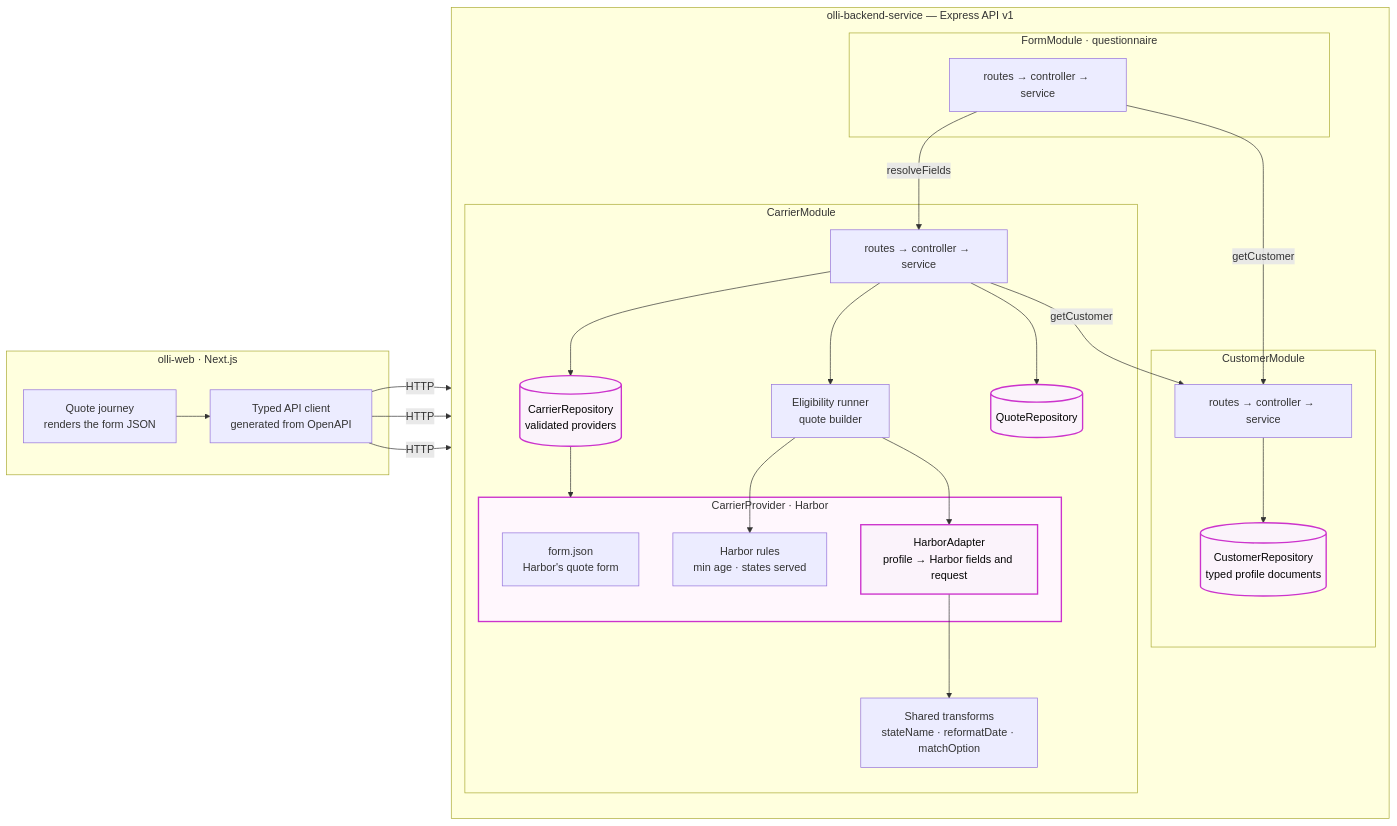
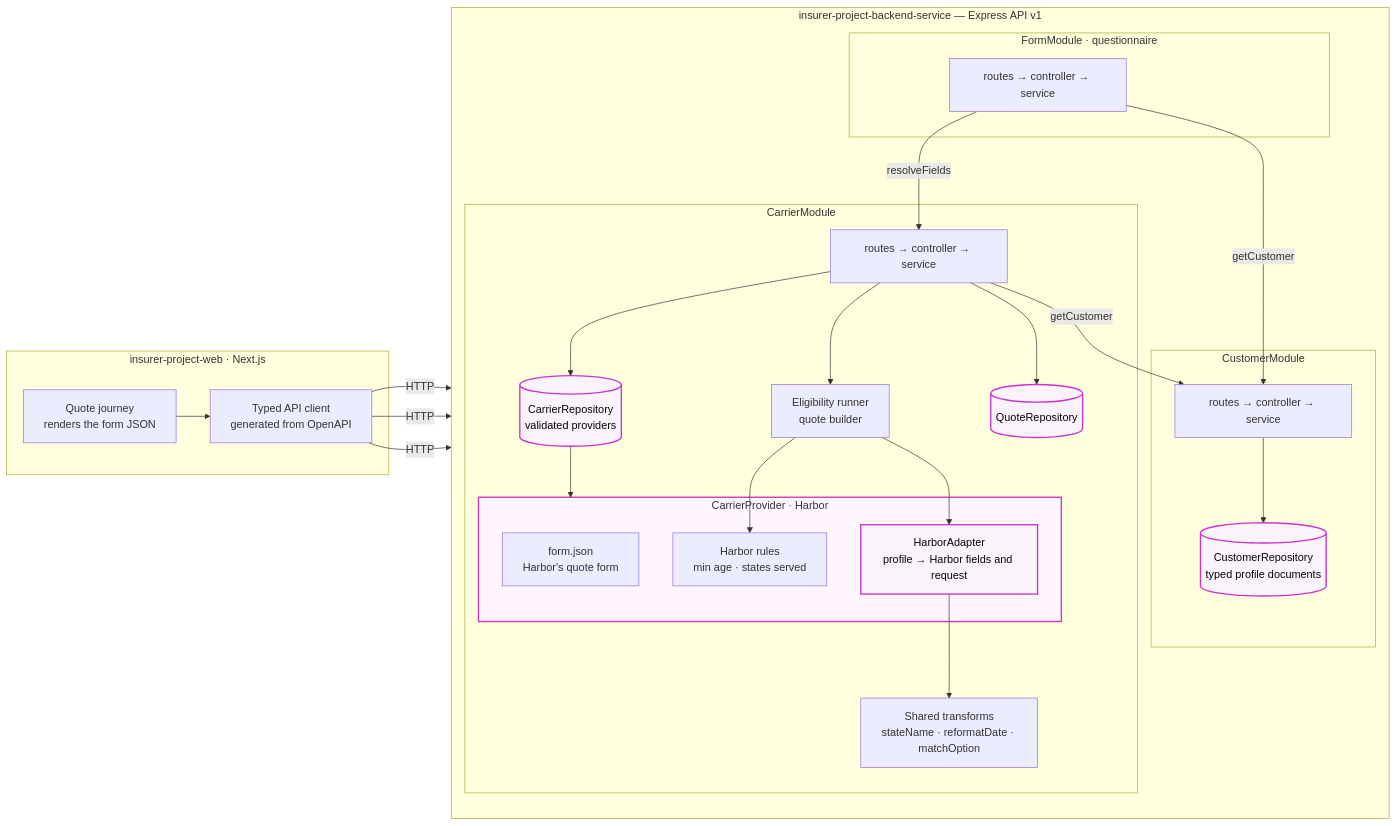
One commit to Oaseru17/insurer-project-backend-service changed the first of 2 diagrams in README.md. Above: the diagram before and after it, drawn with Mermaid. The commit also changed other lines of this file and 4 other files, not shown here.

Commit message:
chore: use the generic insurer-project name throughout

````diff
--- a/README.md
+++ b/README.md
@@ -115,50 +115,50 @@
 ```mermaid
 flowchart LR
-  subgraph WEB["olli-web · Next.js"]
+  subgraph WEB["insurer-project-web · Next.js"]
     UI["Quote journey<br/>renders the form JSON"]
     CLIENT["Typed API client<br/>generated from OpenAPI"]
   end
 
-  subgraph API["olli-backend-service — Express API v1"]
+  subgraph API["insurer-project-backend-service — Express API v1"]
     direction TB
     subgraph CUSTOMER["CustomerModule"]
       CUST_HTTP["routes → controller → service"]
       CUST_REPO[("CustomerRepository<br/>typed profile documents")]
     end
     subgraph FORM["FormModule · questionnaire"]
       FORM_HTTP["routes → controller → service"]
     end
     subgraph CARRIER["CarrierModule"]
       CAR_HTTP["routes → controller → service"]
       CAR_REPO[("CarrierRepository<br/>validated providers")]
       QUOTE_REPO[("QuoteRepository")]
       ENGINE["Eligibility runner<br/>quote builder"]
       TRANSFORMS["Shared transforms<br/>stateName · reformatDate · matchOption"]
       subgraph PROVIDER["CarrierProvider · Harbor"]
         FORM_JSON["form.json<br/>Harbor's quote form"]
         ADAPTER["HarborAdapter<br/>profile → Harbor fields and request"]
         RULES["Harbor rules<br/>min age · states served"]
       end
     end
   end
 
   UI --> CLIENT
   CLIENT -->|HTTP| CUST_HTTP
   CLIENT -->|HTTP| FORM_HTTP
   CLIENT -->|HTTP| CAR_HTTP
   CUST_HTTP --> CUST_REPO
   FORM_HTTP -->|getCustomer| CUST_HTTP
   FORM_HTTP -->|resolveFields| CAR_HTTP
   CAR_HTTP -->|getCustomer| CUST_HTTP
   CAR_HTTP --> CAR_REPO
   CAR_REPO --> PROVIDER
   CAR_HTTP --> ENGINE
   ENGINE --> RULES
   ENGINE --> ADAPTER
   ADAPTER --> TRANSFORMS
   CAR_HTTP --> QUOTE_REPO
 
   classDef highlight fill:#fbf3fb,stroke:#cc33cc,stroke-width:2px,color:#050505
   class CUST_REPO,CAR_REPO,QUOTE_REPO,ADAPTER highlight
   style PROVIDER fill:#fff7fd,stroke:#cc33cc,stroke-width:2px
 ```
````
